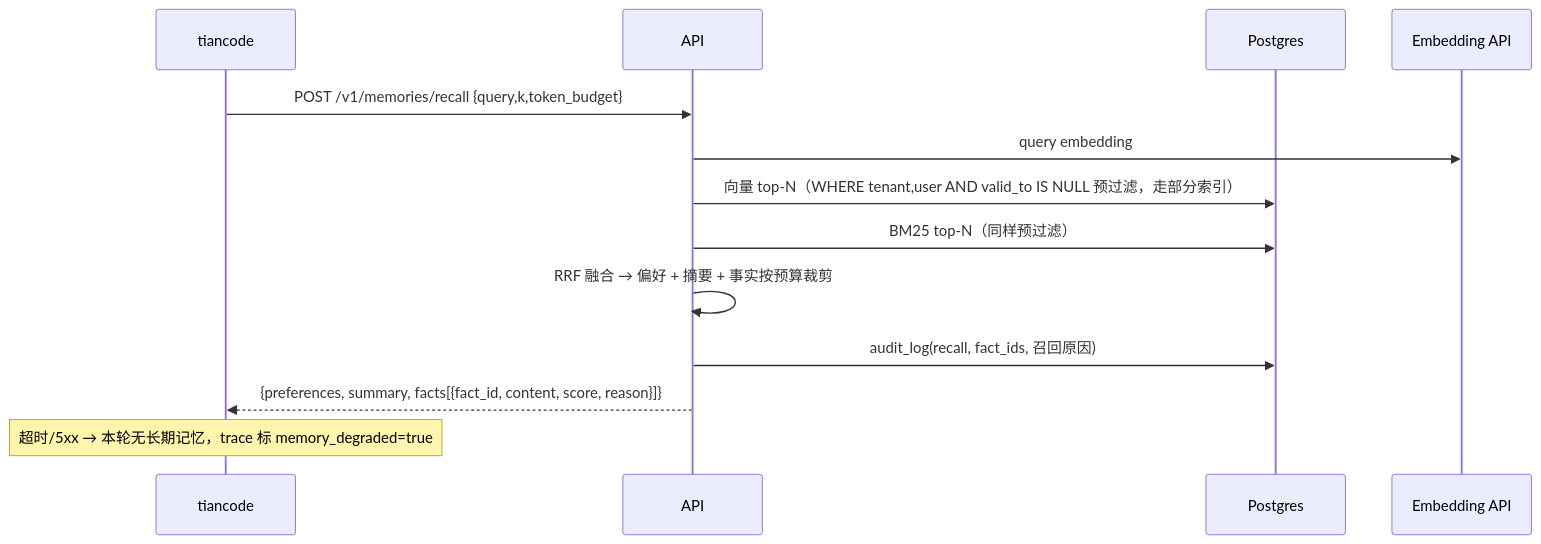
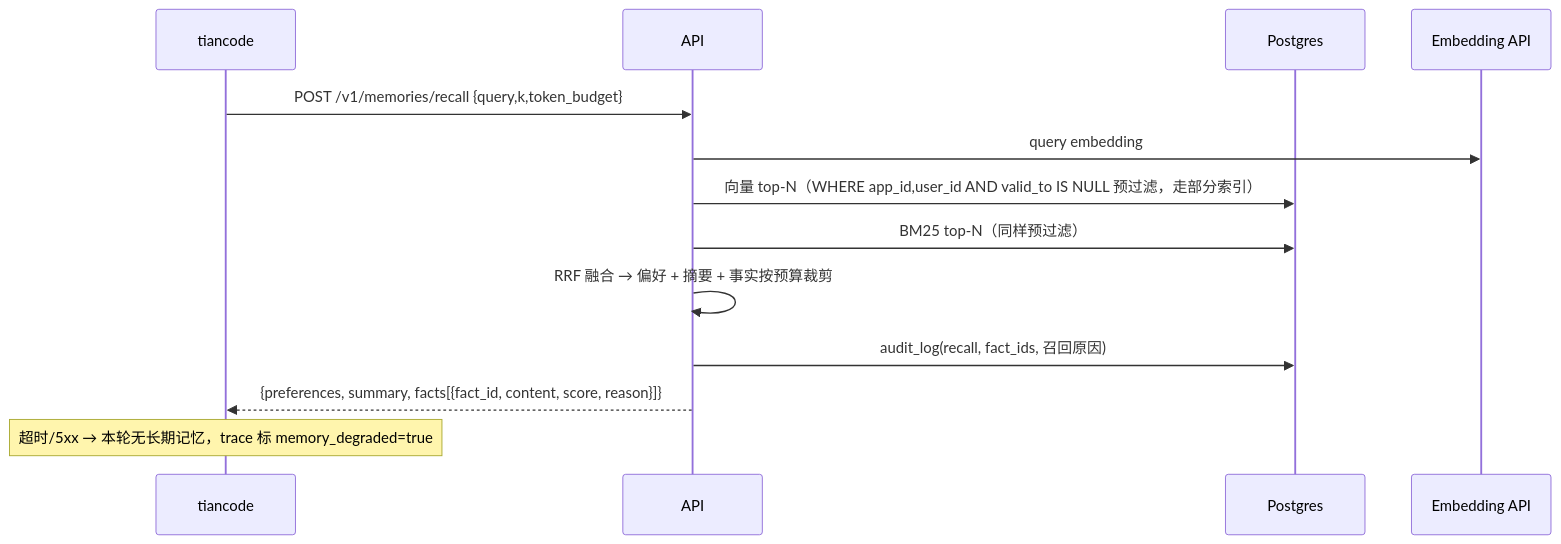
The third of 3 diagrams in docs/architecture.md (zhangqi77ok-sys/agent-memory), drawn with Mermaid before and after one commit. The commit also changed other lines of this file and 8 other files, not shown here.

````diff
--- a/docs/architecture.md
+++ b/docs/architecture.md
@@ -101,15 +101,15 @@
 ```mermaid
 sequenceDiagram
   participant T as tiancode
   participant A as API
   participant DB as Postgres
   participant L as Embedding API
   T->>A: POST /v1/memories/recall {query,k,token_budget}
   A->>L: query embedding
-  A->>DB: 向量 top-N（WHERE tenant,user AND valid_to IS NULL 预过滤，走部分索引）
+  A->>DB: 向量 top-N（WHERE app_id,user_id AND valid_to IS NULL 预过滤，走部分索引）
   A->>DB: BM25 top-N（同样预过滤）
   A->>A: RRF 融合 → 偏好 + 摘要 + 事实按预算裁剪
   A->>DB: audit_log(recall, fact_ids, 召回原因)
   A-->>T: {preferences, summary, facts[{fact_id, content, score, reason}]}
   Note over T: 超时/5xx → 本轮无长期记忆，trace 标 memory_degraded=true
 ```
````
